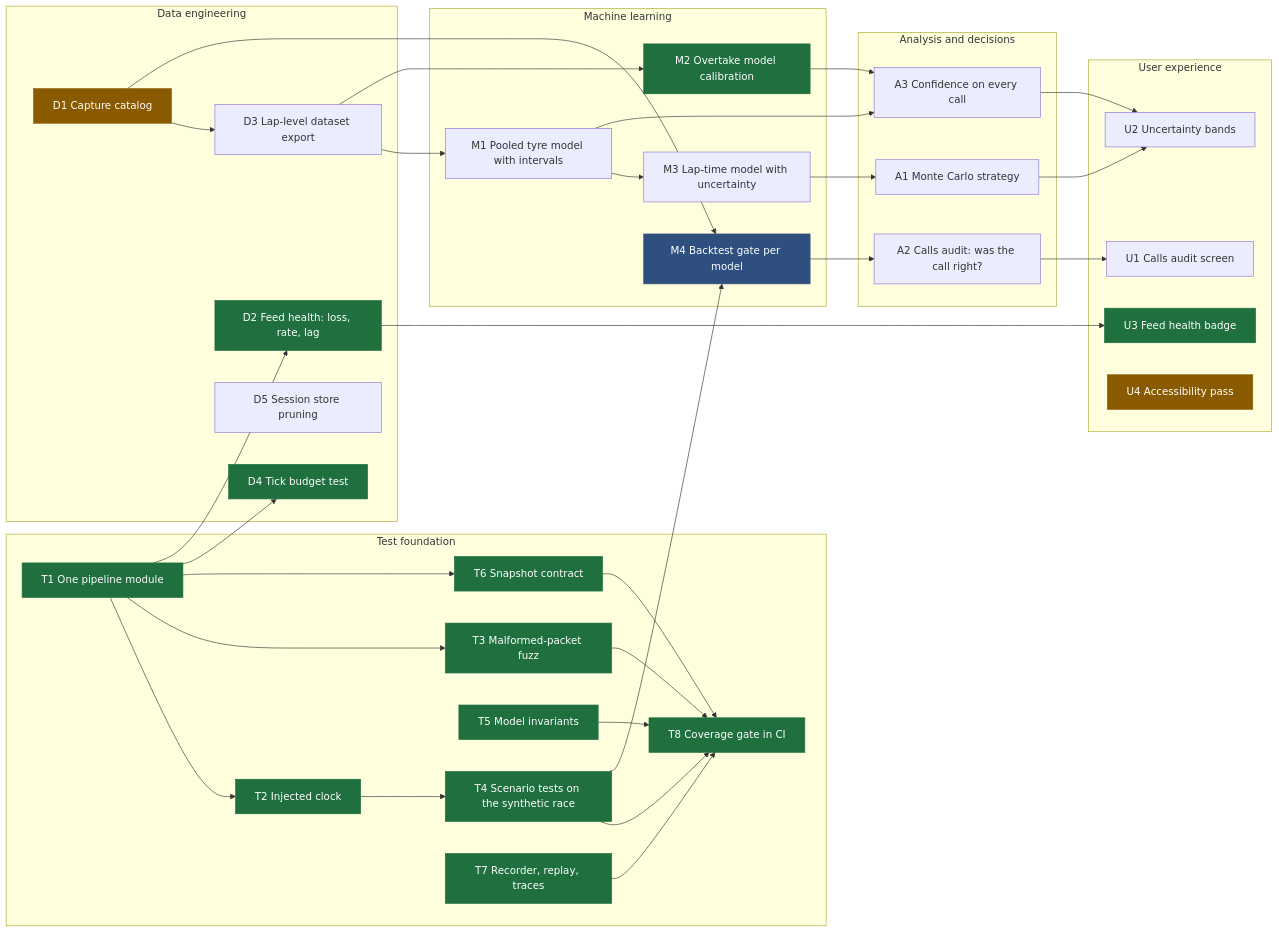
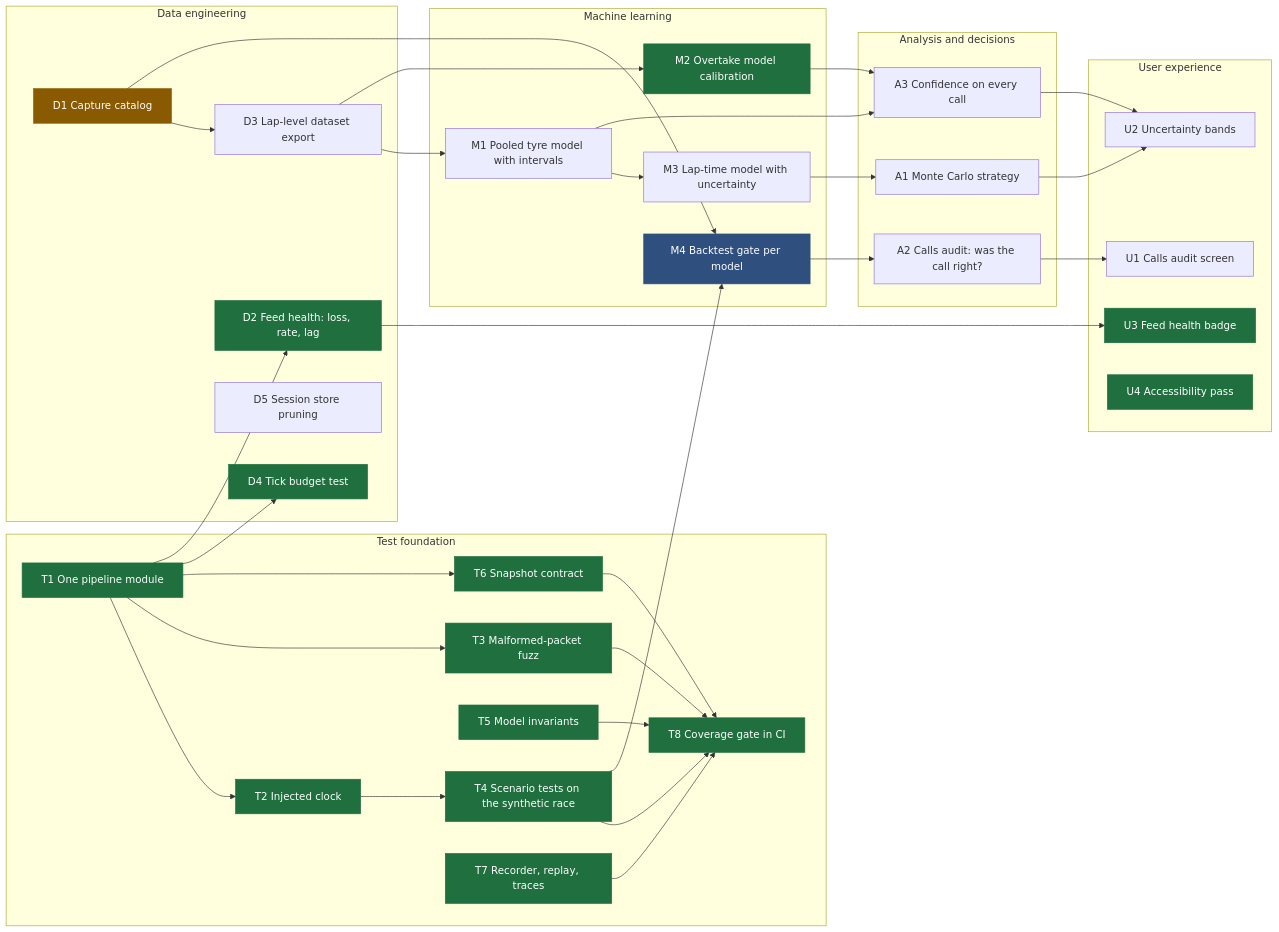
Before and after one commit to srikarnadella/f1-race-engineer: the diagram in docs/roadmap.md, drawn with Mermaid. The commit also changed other lines of this file and 8 other files, not shown here.

First line of the commit message:
Accessibility (roadmap U4): calls announced to screen readers, every control named, contrast checked at 4.5:1 on dashboard and website; tick budget measured in CPU time

````diff
--- a/docs/roadmap.md
+++ b/docs/roadmap.md
@@ -8,54 +8,55 @@
 ```mermaid
 flowchart LR
   classDef done fill:#1f6f3f,color:#fff,stroke:#1f6f3f
   classDef next fill:#8a5a00,color:#fff,stroke:#8a5a00
   classDef part fill:#2f4f7f,color:#fff,stroke:#2f4f7f
 
   subgraph T[Test foundation]
     T1[T1 One pipeline module]:::done
     T2[T2 Injected clock]:::done
     T3[T3 Malformed-packet fuzz]:::done
     T4[T4 Scenario tests on the synthetic race]:::done
     T5[T5 Model invariants]:::done
     T6[T6 Snapshot contract]:::done
     T7[T7 Recorder, replay, traces]:::done
     T8[T8 Coverage gate in CI]:::done
   end
   subgraph D[Data engineering]
     D1[D1 Capture catalog]:::next
+    %% next after D1: D3, then M1
     D2[D2 Feed health: loss, rate, lag]:::done
     D3[D3 Lap-level dataset export]
     D4[D4 Tick budget test]:::done
     D5[D5 Session store pruning]
   end
   subgraph M[Machine learning]
     M1[M1 Pooled tyre model with intervals]
     M2[M2 Overtake model calibration]:::done
     M3[M3 Lap-time model with uncertainty]
     M4[M4 Backtest gate per model]:::part
   end
   subgraph A[Analysis and decisions]
     A1[A1 Monte Carlo strategy]
     A2[A2 Calls audit: was the call right?]
     A3[A3 Confidence on every call]
   end
   subgraph U[User experience]
     U1[U1 Calls audit screen]
     U2[U2 Uncertainty bands]
     U3[U3 Feed health badge]:::done
-    U4[U4 Accessibility pass]:::next
+    U4[U4 Accessibility pass]:::done
   end
 
   T1 --> T2 --> T4
   T1 --> T3
   T1 --> T6
   T1 --> D4
   T3 & T4 & T5 & T6 & T7 --> T8
   T1 --> D2 --> U3
   D1 --> D3
   D3 --> M1 & M2
   M1 --> M3 --> A1
   D1 & T4 --> M4 --> A2 --> U1
   M1 & M2 --> A3 --> U2
   A1 --> U2
 ```
````
